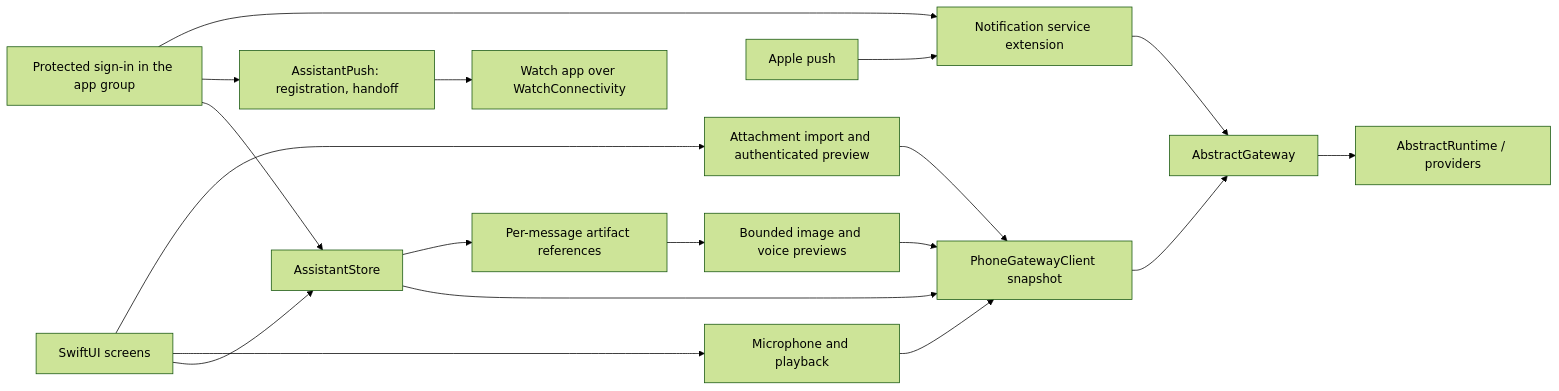
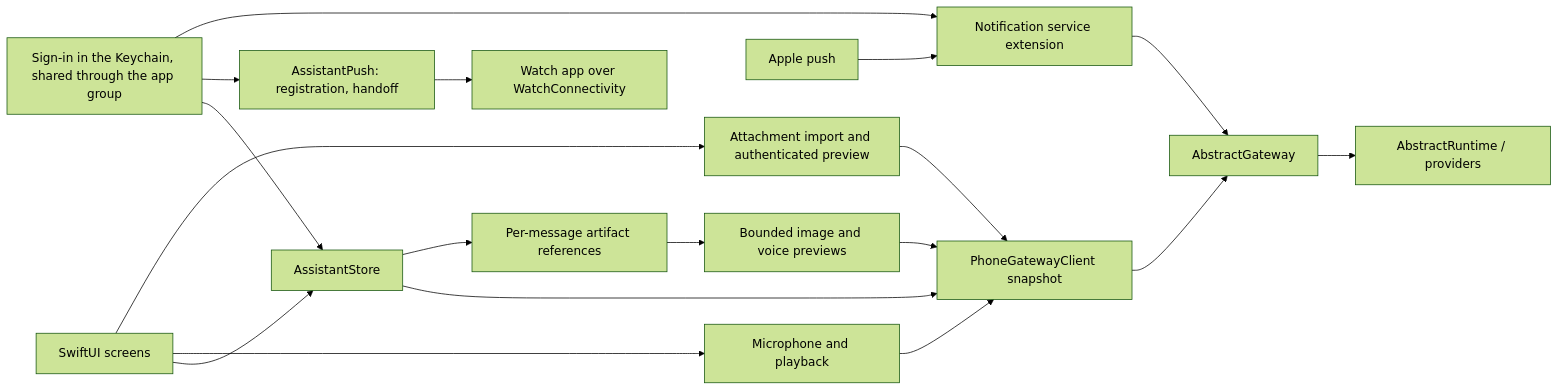
Before and after one commit to lpalbou/AbstractAssistant: the diagram in phone/iphone/docs/architecture.md, drawn with Mermaid (forest theme). The commit also changed other lines of this file and 16 other files, not shown here.

````diff
--- a/phone/iphone/docs/architecture.md
+++ b/phone/iphone/docs/architecture.md
@@ -7,20 +7,20 @@
 ```mermaid
 flowchart LR
     Views[SwiftUI screens] --> Store[AssistantStore]
     Views --> Voice[Microphone and playback]
-    Vault[Protected sign-in in the app group] --> Store
+    Vault[Sign-in in the Keychain, shared through the app group] --> Store
     Vault --> Push[AssistantPush: registration, handoff]
     Push --> Watch[Watch app over WatchConnectivity]
     APNs[Apple push] --> NSE[Notification service extension]
     Vault --> NSE
     NSE --> Gateway
     Store --> Client[PhoneGatewayClient snapshot]
     Voice --> Client
     Views --> Files[Attachment import and authenticated preview]
     Files --> Client
     Store --> Media[Per-message artifact references]
     Media --> Preview[Bounded image and voice previews]
     Preview --> Client
     Client --> Gateway[AbstractGateway]
     Gateway --> Runtime[AbstractRuntime / providers]
 ```
````
